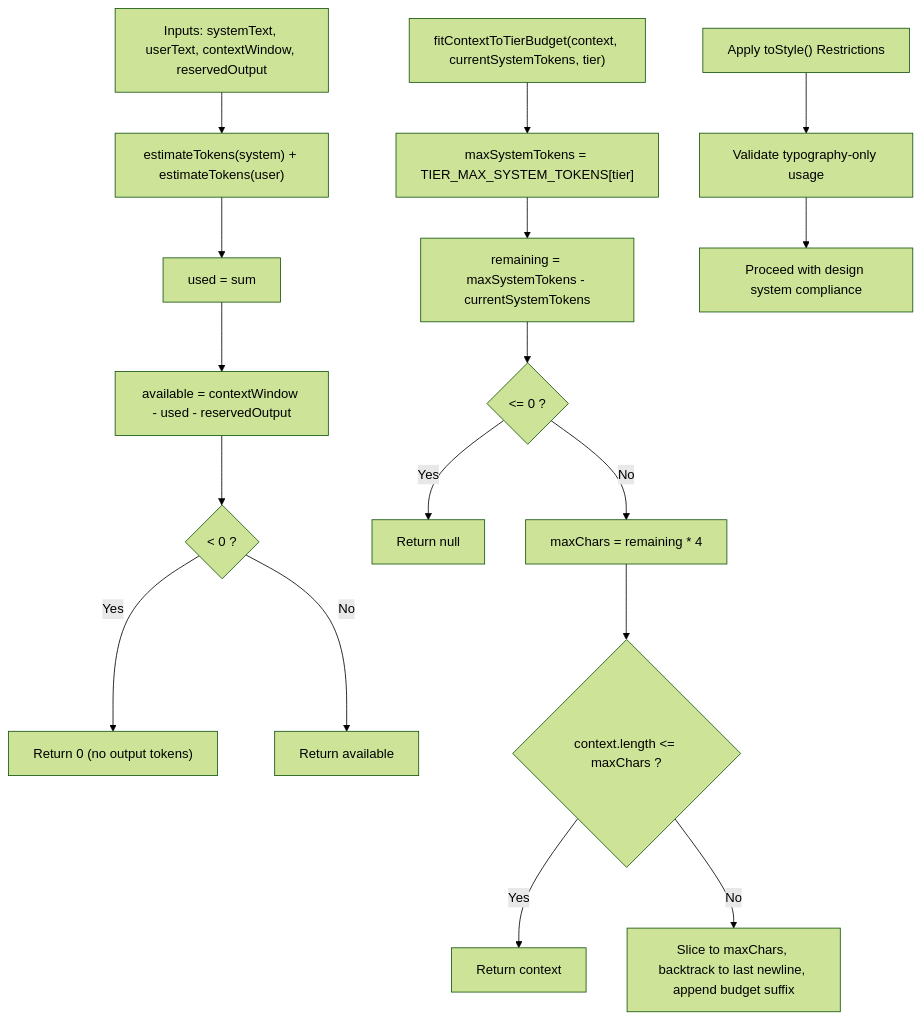
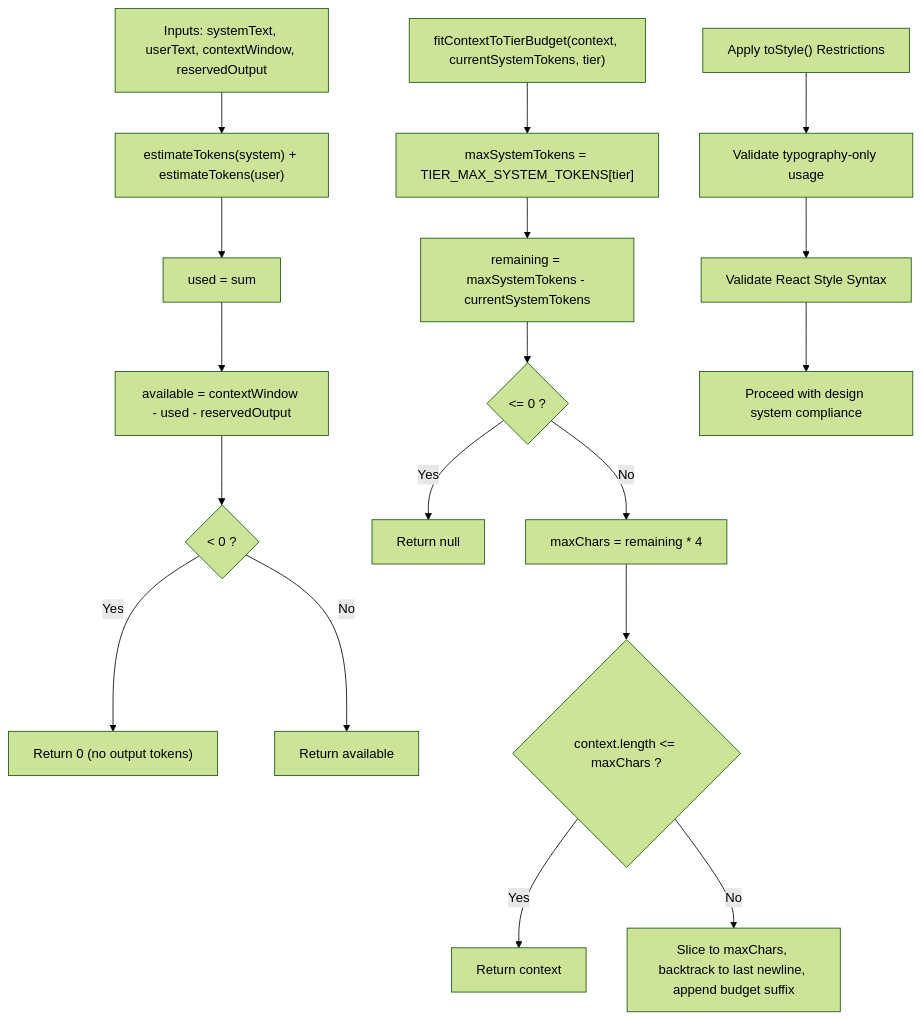
One commit to shekhargiri005-dotcom/AI-powered-accessibility-first-UI-engine changed the fifth of 12 diagrams in .qoder/repowiki/en/content/AI Generation Engine/Core Generation Pipeline/Prompt Engineering & Context Injection.md. Above: the diagram before and after it, drawn with Mermaid (forest theme). The commit also changed other lines of this file and 8 other files, not shown here.

````diff
--- a/.qoder/repowiki/en/content/AI Generation Engine/Core Generation Pipeline/Prompt Engineering & Context Injection.md
+++ b/.qoder/repowiki/en/content/AI Generation Engine/Core Generation Pipeline/Prompt Engineering & Context Injection.md
@@ -299,19 +329,20 @@
 ```mermaid
 flowchart TD
 A["Inputs: systemText, userText, contextWindow, reservedOutput"] --> B["estimateTokens(system) + estimateTokens(user)"]
 B --> C["used = sum"]
 C --> D["available = contextWindow - used - reservedOutput"]
 D --> E{"< 0 ?"}
 E --> |Yes| F["Return 0 (no output tokens)"]
 E --> |No| G["Return available"]
 H["fitContextToTierBudget(context, currentSystemTokens, tier)"] --> I["maxSystemTokens = TIER_MAX_SYSTEM_TOKENS[tier]"]
 I --> J["remaining = maxSystemTokens - currentSystemTokens"]
 J --> K{"<= 0 ?"}
 K --> |Yes| L["Return null"]
 K --> |No| M["maxChars = remaining * 4"]
 M --> N{"context.length <= maxChars ?"}
 N --> |Yes| O["Return context"]
 N --> |No| P["Slice to maxChars, backtrack to last newline, append budget suffix"]
 Q["Apply toStyle() Restrictions"] --> R["Validate typography-only usage"]
-R --> S["Proceed with design system compliance"]
+R --> S["Validate React Style Syntax"]
+S --> T["Proceed with design system compliance"]
 ```
````
